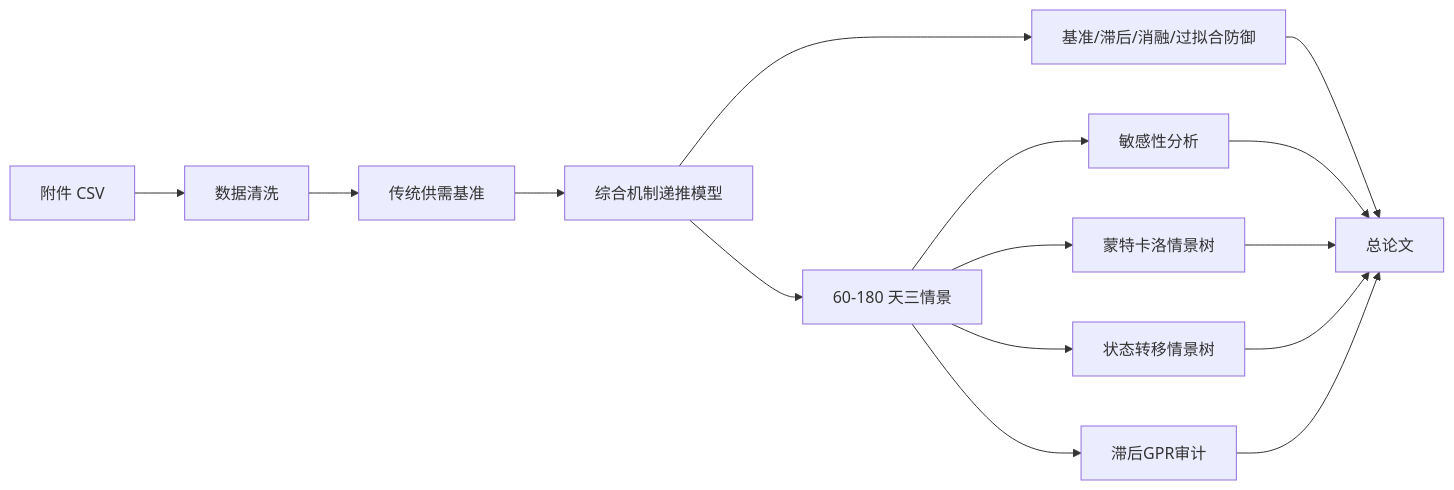
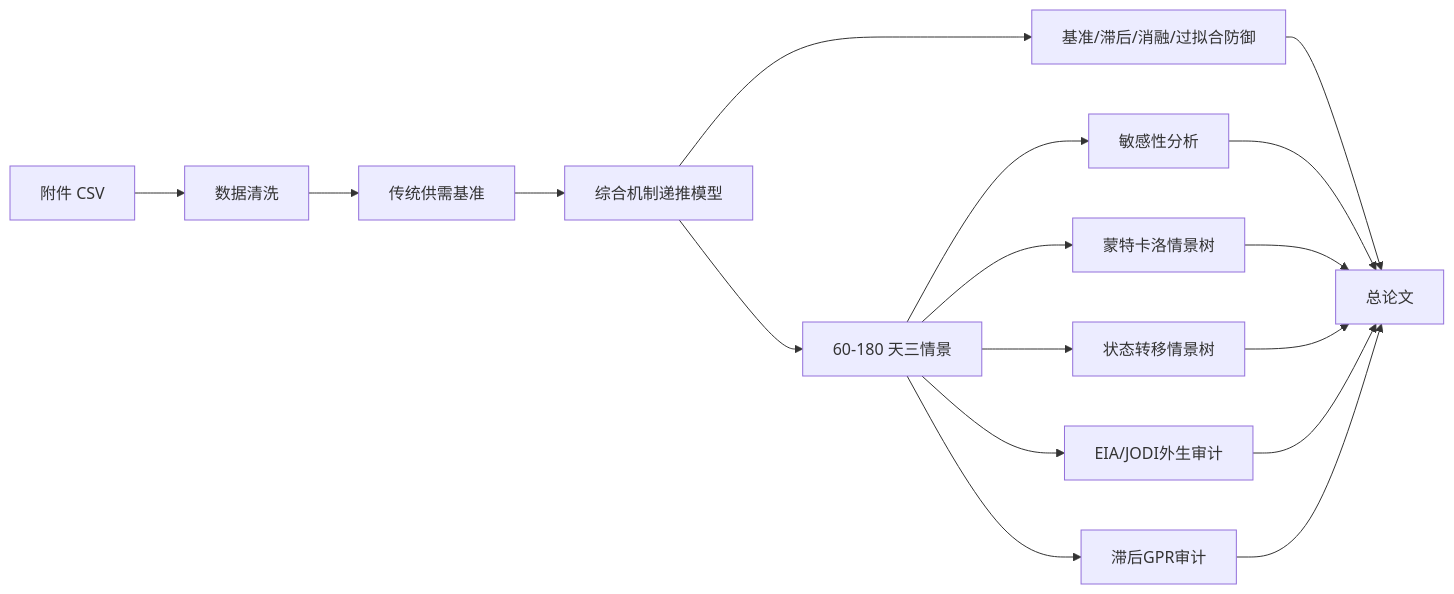
The diagram in docs/01_建模方案.md (Timcai06/-A-), drawn with Mermaid before and after one commit. The commit also changed other lines of this file and 54 other files, not shown here.

````diff
--- a/docs/01_建模方案.md
+++ b/docs/01_建模方案.md
@@ -5,17 +5,19 @@
 ```mermaid
 flowchart LR
     Raw["附件 CSV"] --> Clean["数据清洗"]
     Clean --> Baseline["传统供需基准"]
     Baseline --> Main["综合机制递推模型"]
     Main --> Defense["基准/滞后/消融/过拟合防御"]
     Main --> Scenario["60-180 天三情景"]
     Scenario --> Sens["敏感性分析"]
     Scenario --> MC["蒙特卡洛情景树"]
     Scenario --> StateTree["状态转移情景树"]
+    Scenario --> ExternalAudit["EIA/JODI外生审计"]
     Scenario --> RiskAudit["滞后GPR审计"]
     Defense --> Paper["总论文"]
     Sens --> Paper
     MC --> Paper
     StateTree --> Paper
+    ExternalAudit --> Paper
     RiskAudit --> Paper
 ```
````
